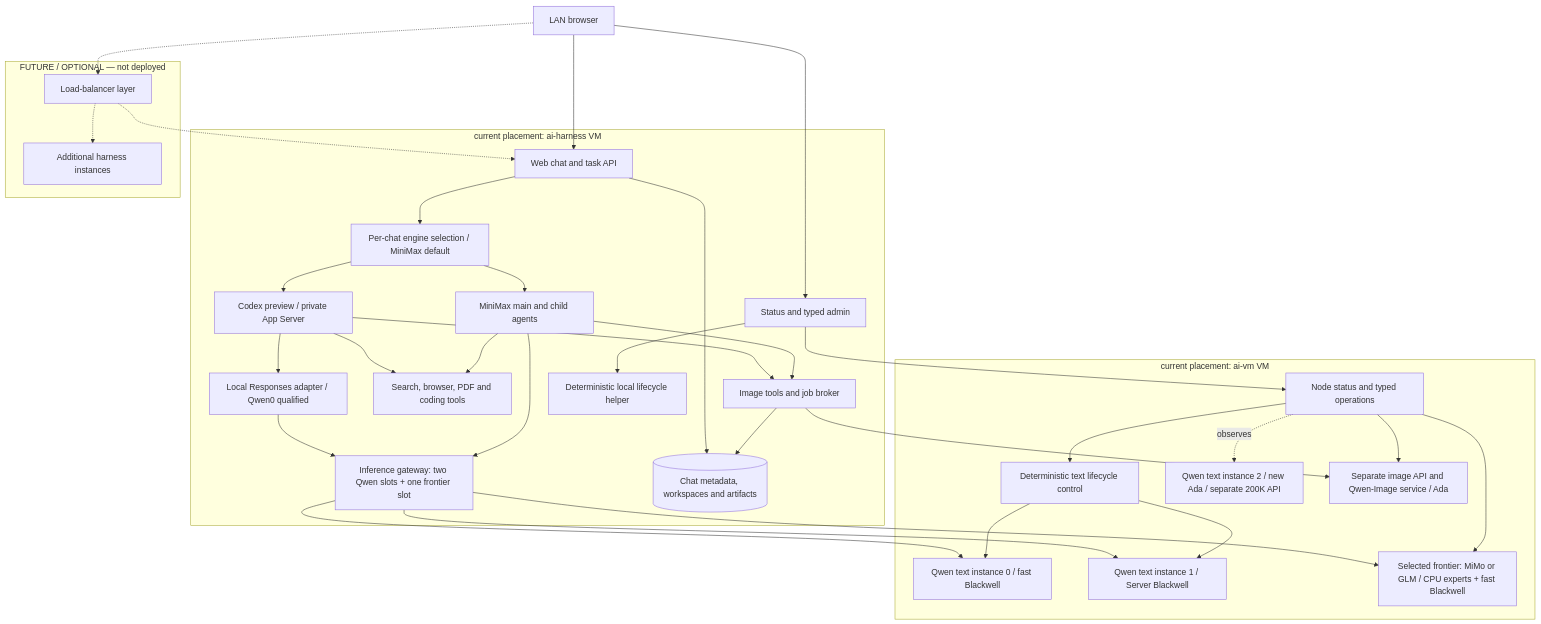
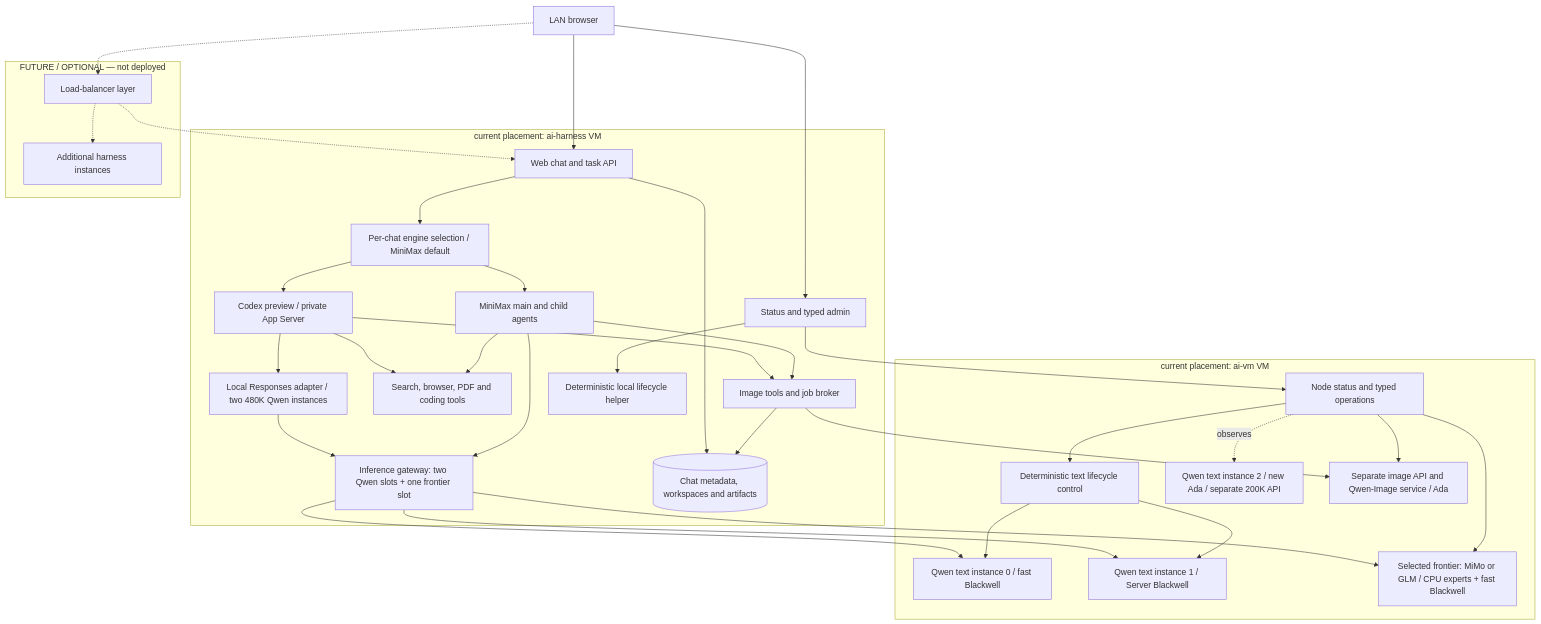
One commit to djeZo888/mixed-memory-llm-api-server changed the diagram in README.md. Above: the diagram before and after it, drawn with Mermaid. The commit also changed other lines of this file and 16 other files, not shown here.

Commit message:
Close H033 with qualified frontier flows and precise remaining Codex blockers

````diff
--- a/README.md
+++ b/README.md
@@ -53,59 +59,59 @@
 ```mermaid
 flowchart TB
     User["LAN browser"]
     subgraph H["current placement: ai-harness VM"]
         Web["Web chat and task API"]
         Engines["Per-chat engine selection / MiniMax default"]
         Agent["MiniMax main and child agents"]
         Codex["Codex preview / private App Server"]
-        Responses["Local Responses adapter / Qwen0 qualified"]
+        Responses["Local Responses adapter / two 480K Qwen instances"]
         Tools["Search, browser, PDF and coding tools"]
         Gateway["Inference gateway: two Qwen slots + one frontier slot"]
         ImageJobs["Image tools and job broker"]
         Data[("Chat metadata, workspaces and artifacts")]
         Status["Status and typed admin"]
         Helper["Deterministic local lifecycle helper"]
     end
     subgraph M["current placement: ai-vm VM"]
         Node["Node status and typed operations"]
         Control["Deterministic text lifecycle control"]
         Q0["Qwen text instance 0 / fast Blackwell"]
         Q1["Qwen text instance 1 / Server Blackwell"]
         Q2["Qwen text instance 2 / new Ada / separate 200K API"]
         Frontier["Selected frontier: MiMo or GLM / CPU experts + fast Blackwell"]
         Image["Separate image API and Qwen-Image service / Ada"]
     end
     subgraph Future["FUTURE / OPTIONAL — not deployed"]
         LB["Load-balancer layer"]
         Replicas["Additional harness instances"]
     end
     User --> Web
     User --> Status
     Web --> Engines
     Engines --> Agent
     Engines --> Codex
     Codex --> Responses
     Responses --> Gateway
     Codex --> Tools
     Codex --> ImageJobs
     Web --> Data
     Agent --> Tools
     Agent --> Gateway
     Agent --> ImageJobs
     ImageJobs --> Data
     Gateway --> Q0
     Gateway --> Q1
     Gateway --> Frontier
     ImageJobs --> Image
     Status --> Node
     Status --> Helper
     Node --> Control
     Node --> Image
     Node --> Frontier
     Node -. observes .-> Q2
     Control --> Q0
     Control --> Q1
     User -.-> LB
     LB -.-> Web
     LB -.-> Replicas
 ```
````
